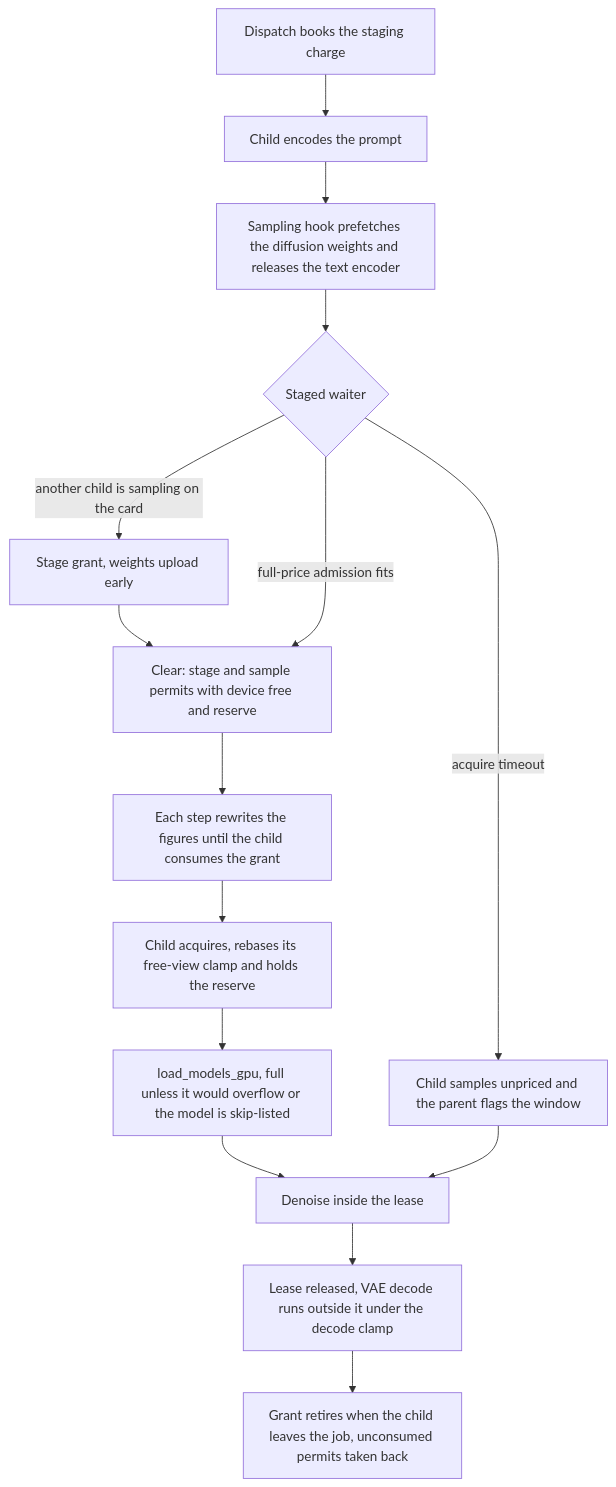
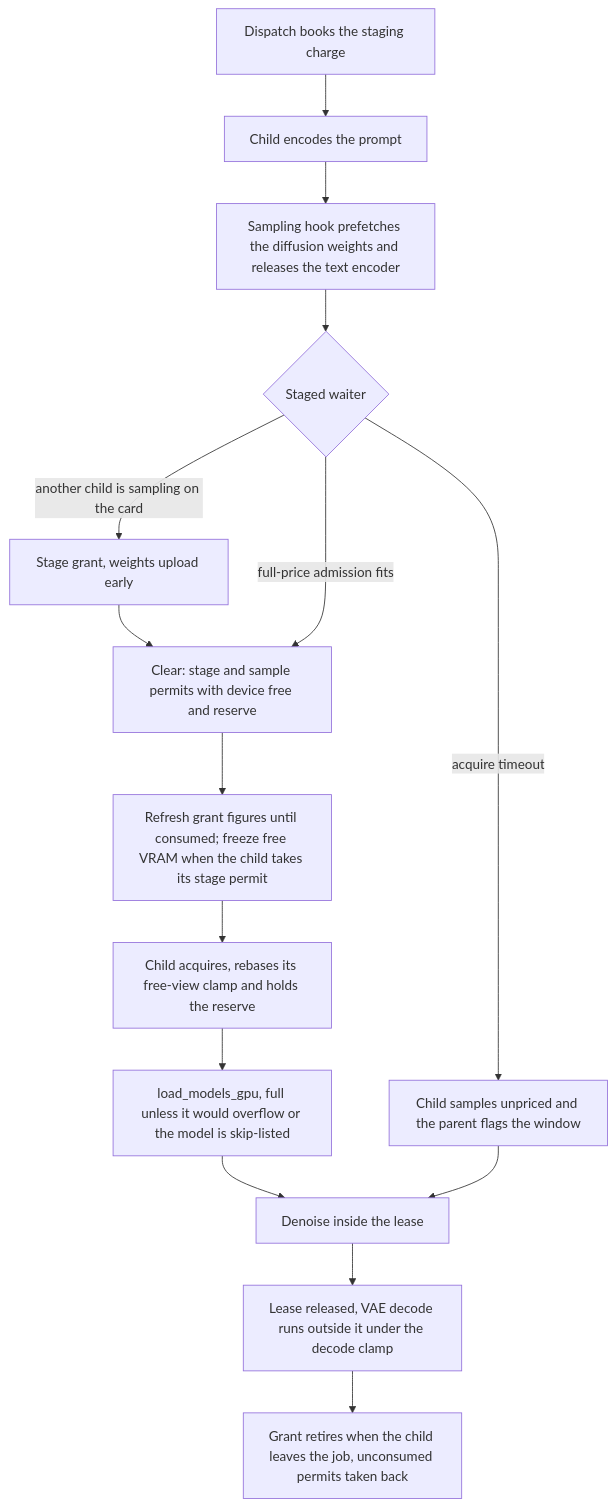
The diagram in docs/reference/responsibility-map-clearance-and-child-loads.md (tazlin/horde-worker-reGen), drawn with Mermaid before and after one commit. The commit also changed other lines of this file and 5 other files, not shown here.

First line of the commit message:
fix: clearance stops refreshing a child's free figure after the stage take

````diff
--- a/docs/reference/responsibility-map-clearance-and-child-loads.md
+++ b/docs/reference/responsibility-map-clearance-and-child-loads.md
@@ -20,17 +20,17 @@
 ```mermaid
 flowchart TD
     A[Dispatch books the staging charge] --> B[Child encodes the prompt]
     B --> C[Sampling hook prefetches the diffusion weights and releases the text encoder]
     C --> D{Staged waiter}
     D -->|another child is sampling on the card| E[Stage grant, weights upload early]
     E --> F
     D -->|full-price admission fits| F[Clear: stage and sample permits with device free and reserve]
-    F --> G[Each step rewrites the figures until the child consumes the grant]
+    F --> G[Refresh grant figures until consumed; freeze free VRAM when the child takes its stage permit]
     G --> H[Child acquires, rebases its free-view clamp and holds the reserve]
     D -->|acquire timeout| U[Child samples unpriced and the parent flags the window]
     H --> I[load_models_gpu, full unless it would overflow or the model is skip-listed]
     I --> J[Denoise inside the lease]
     U --> J
     J --> K[Lease released, VAE decode runs outside it under the decode clamp]
     K --> L[Grant retires when the child leaves the job, unconsumed permits taken back]
 ```
````
